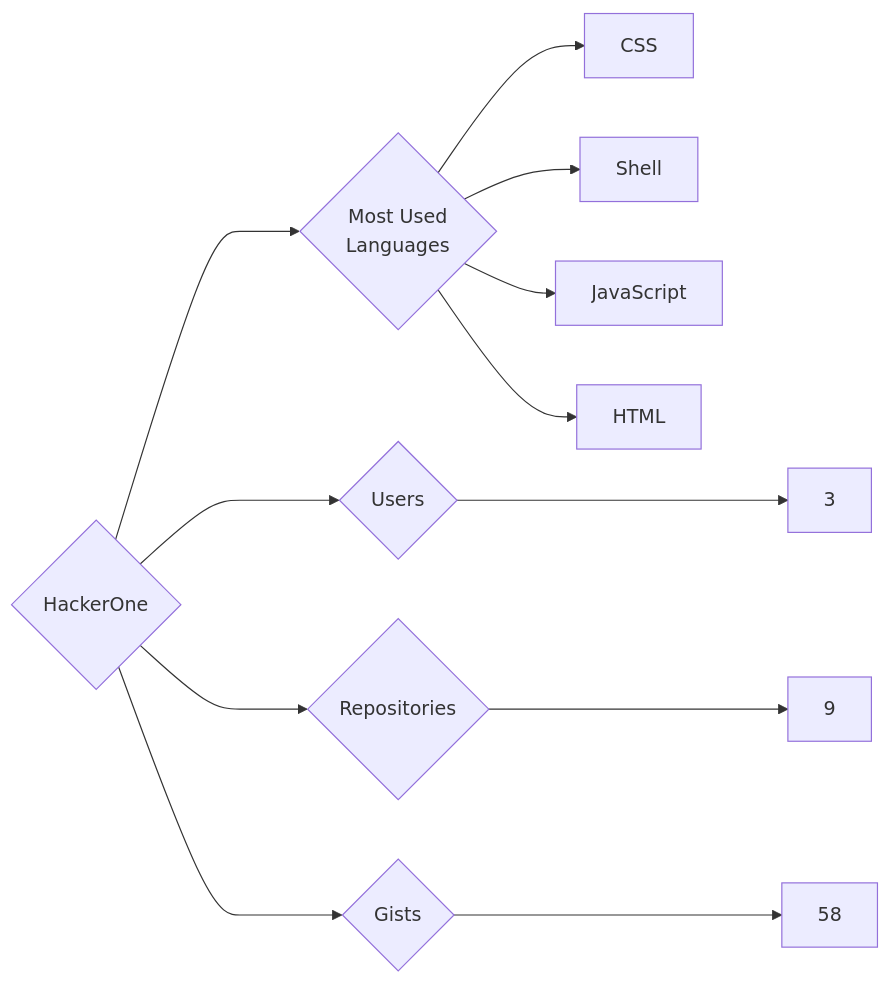
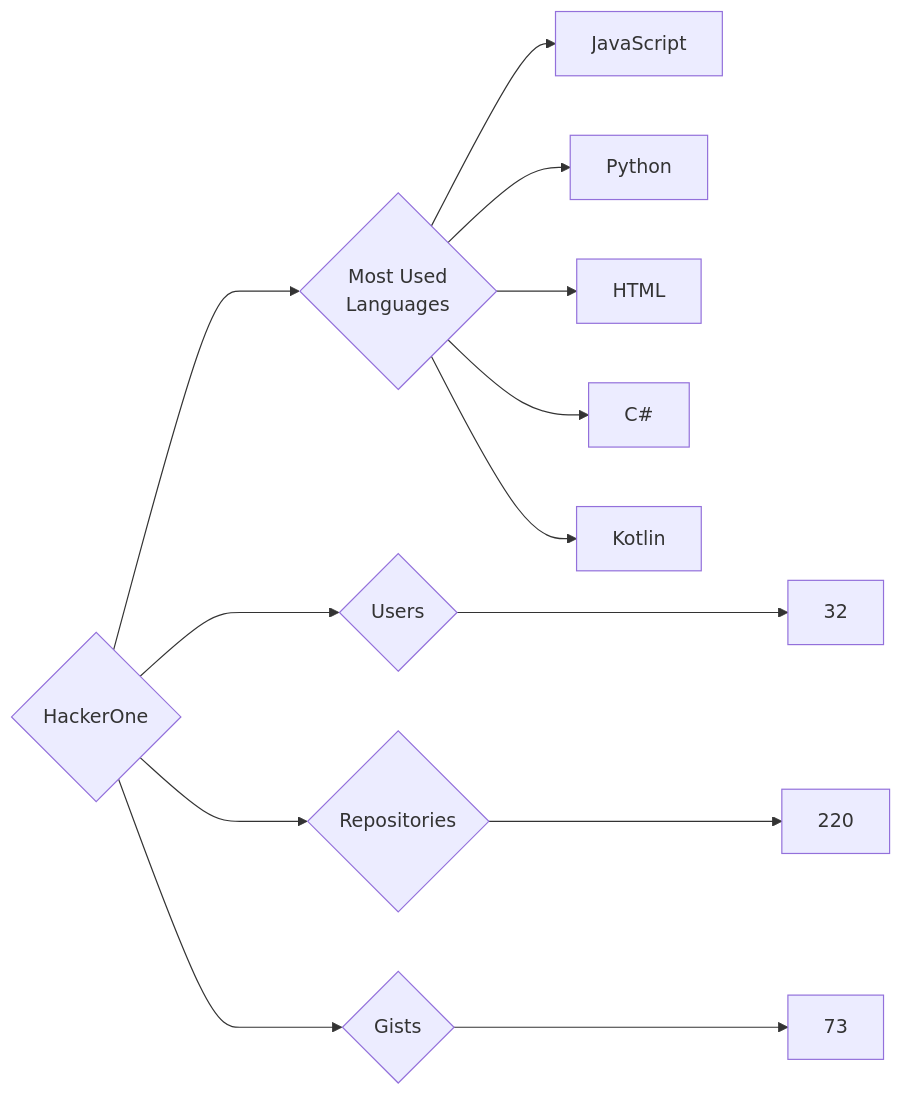
Before and after one commit to trickest/insiders: the diagram in targets/HackerOne/README.md, drawn with Mermaid. The commit also changed 944 other files, not shown here.

````diff
--- a/targets/HackerOne/README.md
+++ b/targets/HackerOne/README.md
@@ -3,12 +3,13 @@
 ```mermaid
 graph LR
 COMPANY_NAME{HackerOne}
-COMPANY_NAME ---> U{Users} ---> UN[3]
-COMPANY_NAME ---> R{Repositories} ---> RN[9]
-COMPANY_NAME ---> G{Gists} ---> GN[58]
+COMPANY_NAME ---> U{Users} ---> UN[32]
+COMPANY_NAME ---> R{Repositories} ---> RN[220]
+COMPANY_NAME ---> G{Gists} ---> GN[73]
 COMPANY_NAME ---> ML{Most Used<br>Languages}
-ML --> CSS[CSS]
-ML --> Shell[Shell]
 ML --> JavaScript[JavaScript]
+ML --> Python[Python]
 ML --> HTML[HTML]
+ML --> C#[C#]
+ML --> Kotlin[Kotlin]
 ```
````
